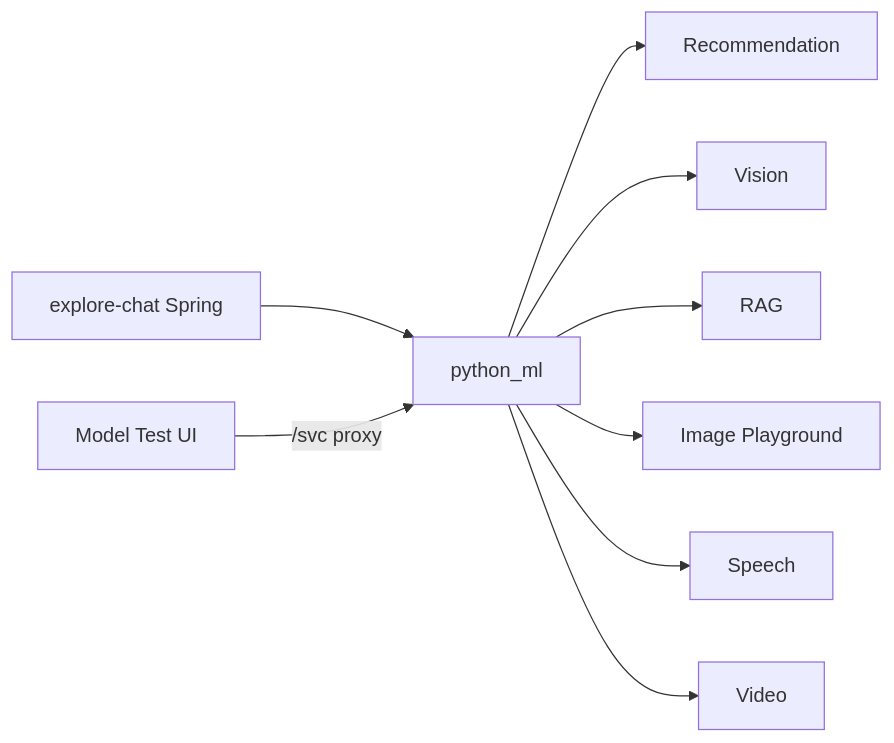
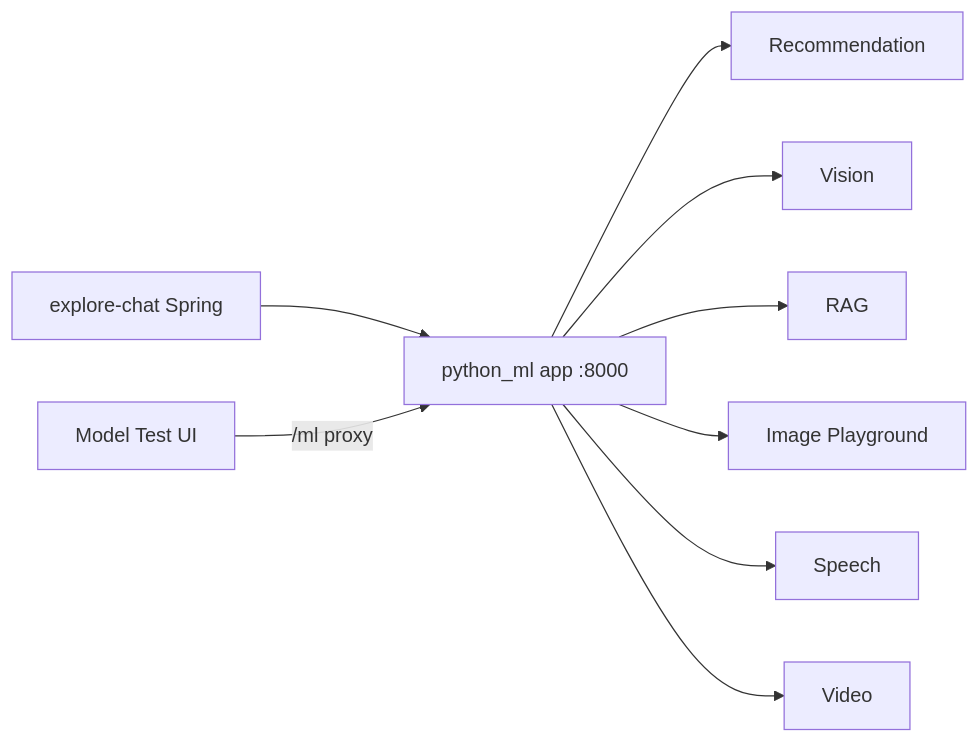
Before and after one commit to felixzhu97/explore-ml: the diagram in docs/Glossary.md, drawn with Mermaid. The commit also changed other lines of this file and 22 other files, not shown here.

````diff
--- a/docs/Glossary.md
+++ b/docs/Glossary.md
@@ -35,11 +38,11 @@
 ```mermaid
 flowchart LR
-  siblingApi[explore-chat Spring] --> pyMl[python_ml]
-  testUi[Model Test UI] -->|/svc proxy| pyMl
+  siblingApi[explore-chat Spring] --> pyMl[python_ml app :8000]
+  testUi[Model Test UI] -->|/ml proxy| pyMl
   pyMl --> rec[Recommendation]
   pyMl --> vis[Vision]
   pyMl --> ragSvc[RAG]
   pyMl --> ip[Image Playground]
   pyMl --> sp[Speech]
   pyMl --> vd[Video]
 ```
````
